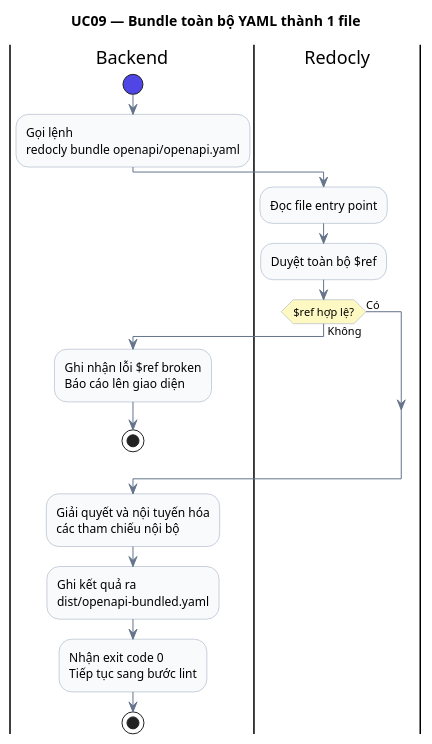
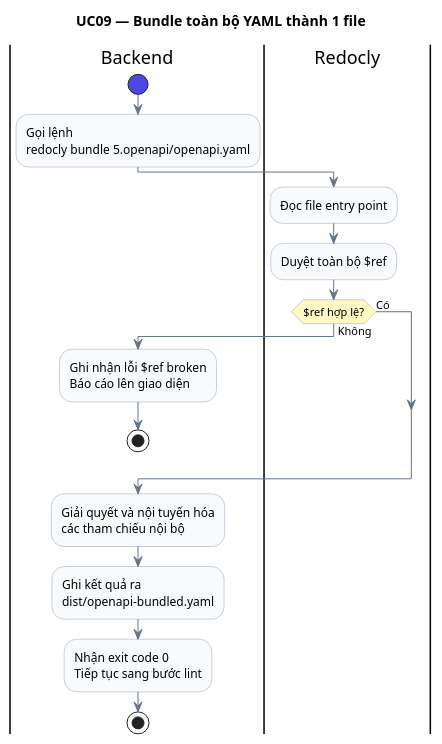
Before and after one commit to DuyTon666/API-CONVERTER: the diagram in docs/activity/UC09_activity.puml, drawn with PlantUML. The commit also changed 80 other files, not shown here.

```diff
--- a/docs/activity/UC09_activity.puml
+++ b/docs/activity/UC09_activity.puml
@@ -1,33 +1,33 @@
 @startuml UC09_BundleYAML
 skinparam ActivityBackgroundColor #F8FAFC
 skinparam ActivityBorderColor #94A3B8
 skinparam ArrowColor #64748B
 skinparam ActivityDiamondBackgroundColor #FEF9C3
 skinparam ActivityStartColor #4F46E5
 skinparam ActivityEndColor #4F46E5
 
 title UC09 — Bundle toàn bộ YAML thành 1 file
 
 |Backend|
 start
-:Gọi lệnh\nredocly bundle openapi/openapi.yaml;
+:Gọi lệnh\nredocly bundle 5.openapi/openapi.yaml;
 
 |Redocly|
 :Đọc file entry point;
 :Duyệt toàn bộ $ref;
 
 if ($ref hợp lệ?) then (Không)
   |Backend|
   :Ghi nhận lỗi $ref broken\nBáo cáo lên giao diện;
   stop
 else (Có)
 endif
 
 :Giải quyết và nội tuyến hóa\ncác tham chiếu nội bộ;
 :Ghi kết quả ra\ndist/openapi-bundled.yaml;
 
 |Backend|
 :Nhận exit code 0\nTiếp tục sang bước lint;
 
 stop
 @enduml
```
